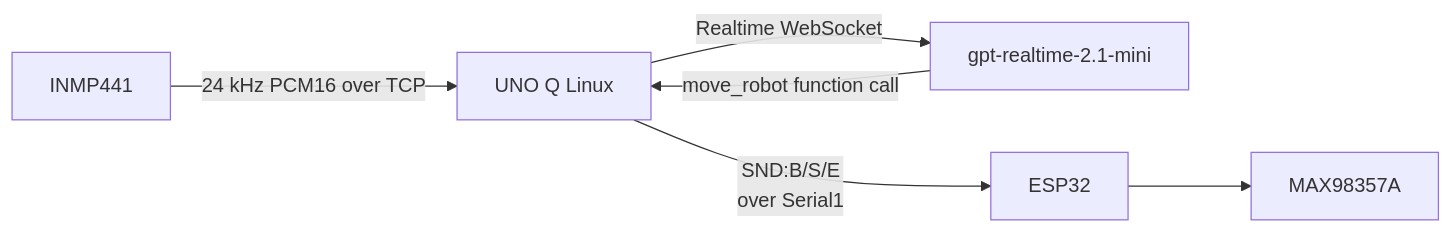
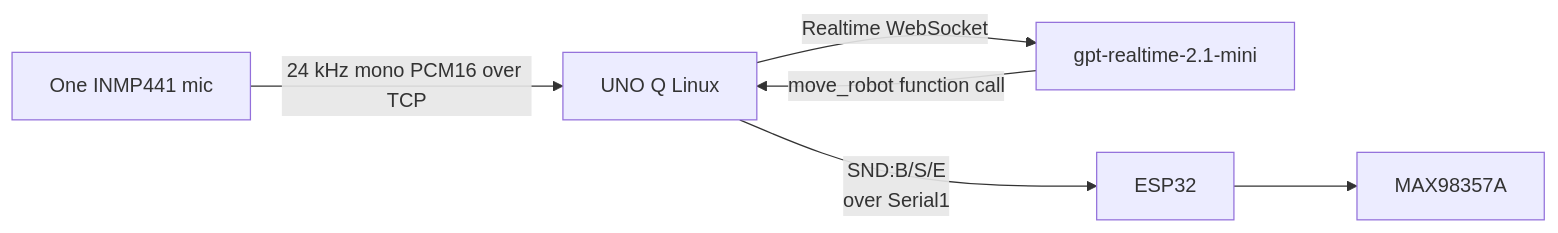
The diagram in docs/speech-test.md (BenYogesh/RoboDog), drawn with Mermaid before and after one commit. The commit also changed other lines of this file and 31 other files, not shown here.

````diff
--- a/docs/speech-test.md
+++ b/docs/speech-test.md
@@ -8,8 +8,8 @@
 ```mermaid
 flowchart LR
-  M[INMP441] -->|24 kHz PCM16 over TCP| Q[UNO Q Linux]
+  M[One INMP441 mic] -->|24 kHz mono PCM16 over TCP| Q[UNO Q Linux]
   Q -->|Realtime WebSocket| O[gpt-realtime-2.1-mini]
   O -->|move_robot function call| Q
   Q -->|SND:B/S/E\n over Serial1| E[ESP32]
   E --> A[MAX98357A]
 ```
````
